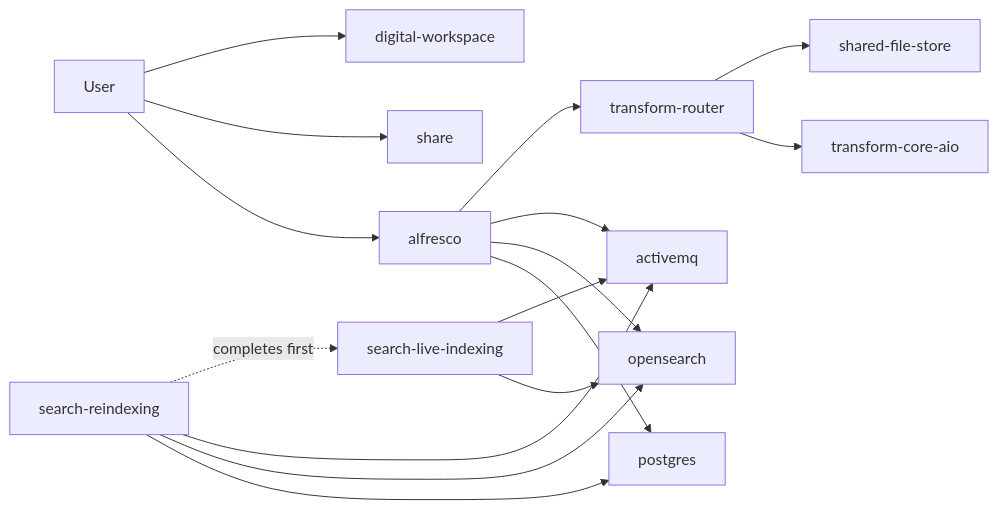
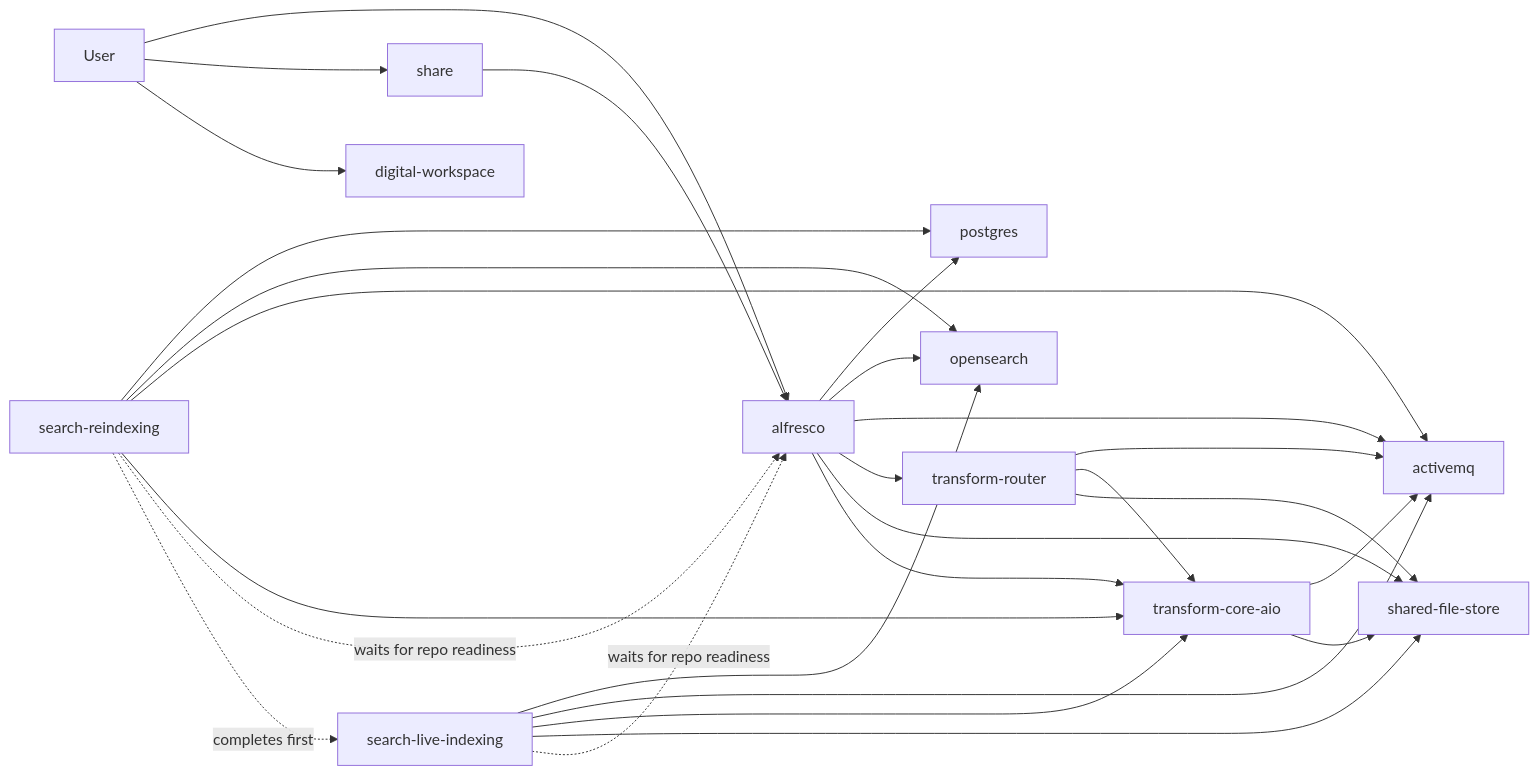
Before and after one commit to aborroy/alfresco-onprem-to-cloud-lab: the sixth of 12 diagrams in README.md, drawn with Mermaid. The commit also changed other lines of this file, not shown here.

Commit message:
Fix mermaid diagrams

````diff
--- a/README.md
+++ b/README.md
@@ -322,18 +336,29 @@
 ```mermaid
 flowchart LR
   user["User"] --> repo["alfresco"]
   user --> share["share"]
   user --> adw["digital-workspace"]
+  share --> repo
   repo --> db["postgres"]
   repo --> os["opensearch"]
   repo --> mq["activemq"]
   repo --> tr["transform-router"]
+  repo --> sfs["shared-file-store"]
+  repo --> aio["transform-core-aio"]
+  tr --> mq
   tr --> aio["transform-core-aio"]
   tr --> sfs["shared-file-store"]
+  aio --> mq
+  aio --> sfs
   reidx["search-reindexing"] --> db
   reidx --> os
   reidx --> mq
+  reidx --> aio
   live["search-live-indexing"] --> os
   live --> mq
+  live --> aio
+  live --> sfs
+  reidx -. "waits for repo readiness" .-> repo
+  live -. "waits for repo readiness" .-> repo
   reidx -. "completes first" .-> live
 ```
````
